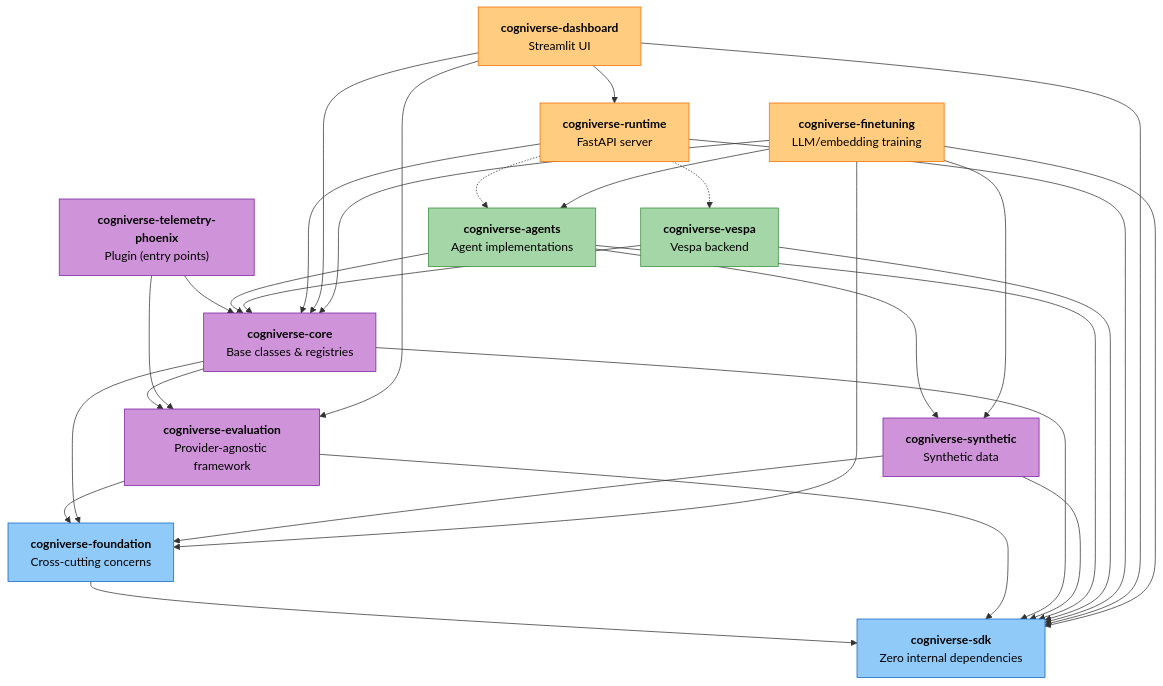
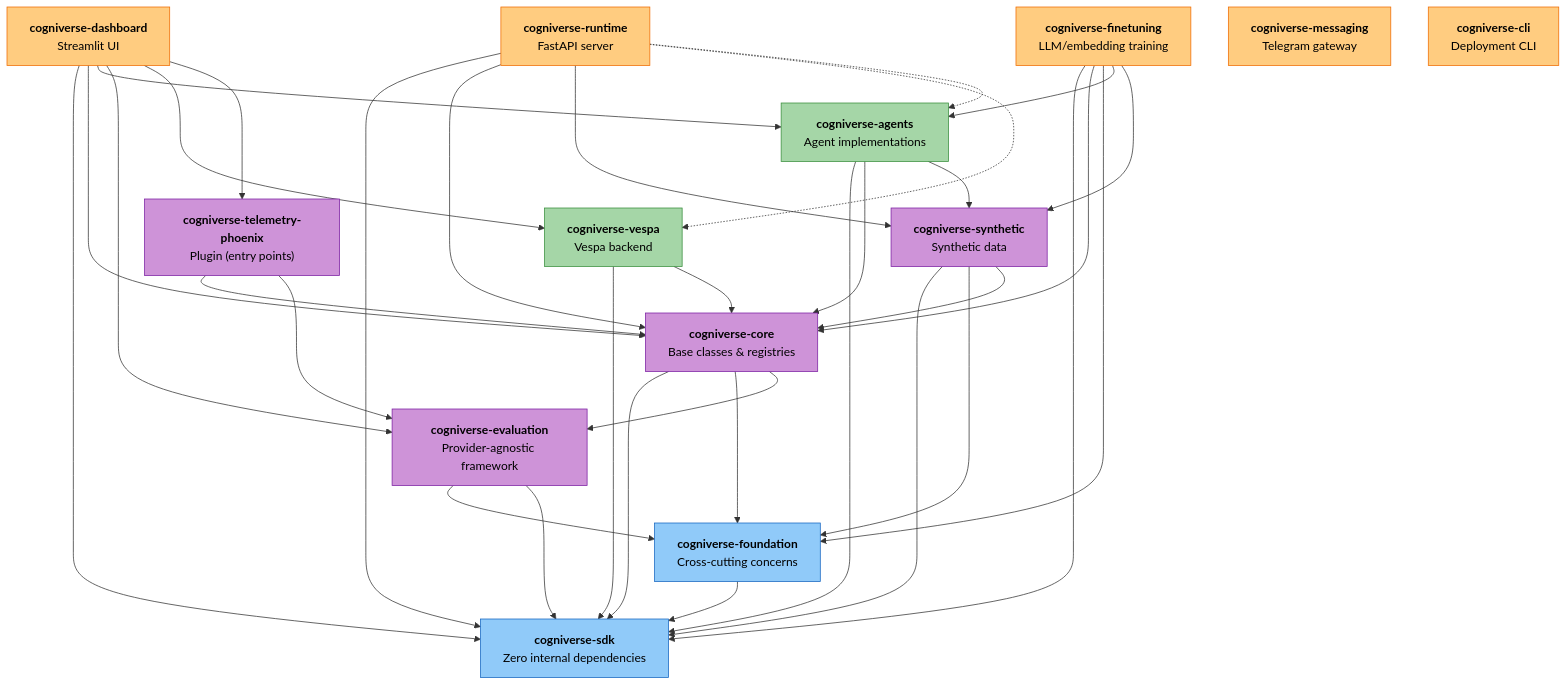
One commit to amit-jain/cogniverse changed the diagram in docs/architecture/sdk-architecture.md. Above: the diagram before and after it, drawn with Mermaid. The commit also changed other lines of this file and 7 other files, not shown here.

First line of the commit message:
Document all 23 agents and convert diagrams to mermaid

````diff
--- a/docs/architecture/sdk-architecture.md
+++ b/docs/architecture/sdk-architecture.md
@@ -626,70 +675,76 @@
 ```mermaid
 flowchart TD
     %% Foundation Layer
     sdk["<span style='color:#000'><b>cogniverse-sdk</b><br/>Zero internal dependencies</span>"]
     foundation["<span style='color:#000'><b>cogniverse-foundation</b><br/>Cross-cutting concerns</span>"]
 
     %% Core Layer
     evaluation["<span style='color:#000'><b>cogniverse-evaluation</b><br/>Provider-agnostic framework</span>"]
     core["<span style='color:#000'><b>cogniverse-core</b><br/>Base classes & registries</span>"]
     phoenix["<span style='color:#000'><b>cogniverse-telemetry-phoenix</b><br/>Plugin (entry points)</span>"]
 
     %% Core Layer (continued)
     synthetic["<span style='color:#000'><b>cogniverse-synthetic</b><br/>Synthetic data</span>"]
 
     %% Implementation Layer
     agents["<span style='color:#000'><b>cogniverse-agents</b><br/>Agent implementations</span>"]
     vespa["<span style='color:#000'><b>cogniverse-vespa</b><br/>Vespa backend</span>"]
 
     %% Application Layer
     runtime["<span style='color:#000'><b>cogniverse-runtime</b><br/>FastAPI server</span>"]
     dashboard["<span style='color:#000'><b>cogniverse-dashboard</b><br/>Streamlit UI</span>"]
     finetuning["<span style='color:#000'><b>cogniverse-finetuning</b><br/>LLM/embedding training</span>"]
+    messaging["<span style='color:#000'><b>cogniverse-messaging</b><br/>Telegram gateway</span>"]
+    cli["<span style='color:#000'><b>cogniverse-cli</b><br/>Deployment CLI</span>"]
 
     %% Foundation Layer dependencies (foundation depends on sdk)
     foundation --> sdk
 
     %% Core Layer dependencies
     evaluation --> foundation
     evaluation --> sdk
     core --> sdk
     core --> foundation
     core --> evaluation
     phoenix --> core
     phoenix --> evaluation
     synthetic --> sdk
     synthetic --> foundation
+    synthetic --> core
 
     %% Implementation Layer dependencies
     agents --> sdk
     agents --> core
     agents --> synthetic
     vespa --> sdk
     vespa --> core
 
     %% Application Layer dependencies
     runtime --> sdk
     runtime --> core
+    runtime --> synthetic
     runtime -.-> vespa
     runtime -.-> agents
     dashboard --> sdk
     dashboard --> core
+    dashboard --> agents
     dashboard --> evaluation
-    dashboard --> runtime
+    dashboard --> vespa
+    dashboard --> phoenix
     finetuning --> sdk
     finetuning --> core
     finetuning --> foundation
     finetuning --> agents
     finetuning --> synthetic
 
     %% Styling
     classDef foundationStyle fill:#90caf9,stroke:#1565c0,color:#000
     classDef coreStyle fill:#ce93d8,stroke:#7b1fa2,color:#000
     classDef implStyle fill:#a5d6a7,stroke:#388e3c,color:#000
     classDef appStyle fill:#ffcc80,stroke:#ef6c00,color:#000
 
     class sdk,foundation foundationStyle
     class evaluation,core,phoenix,synthetic coreStyle
     class agents,vespa implStyle
-    class runtime,dashboard,finetuning appStyle
+    class runtime,dashboard,finetuning,messaging,cli appStyle
 ```
````
